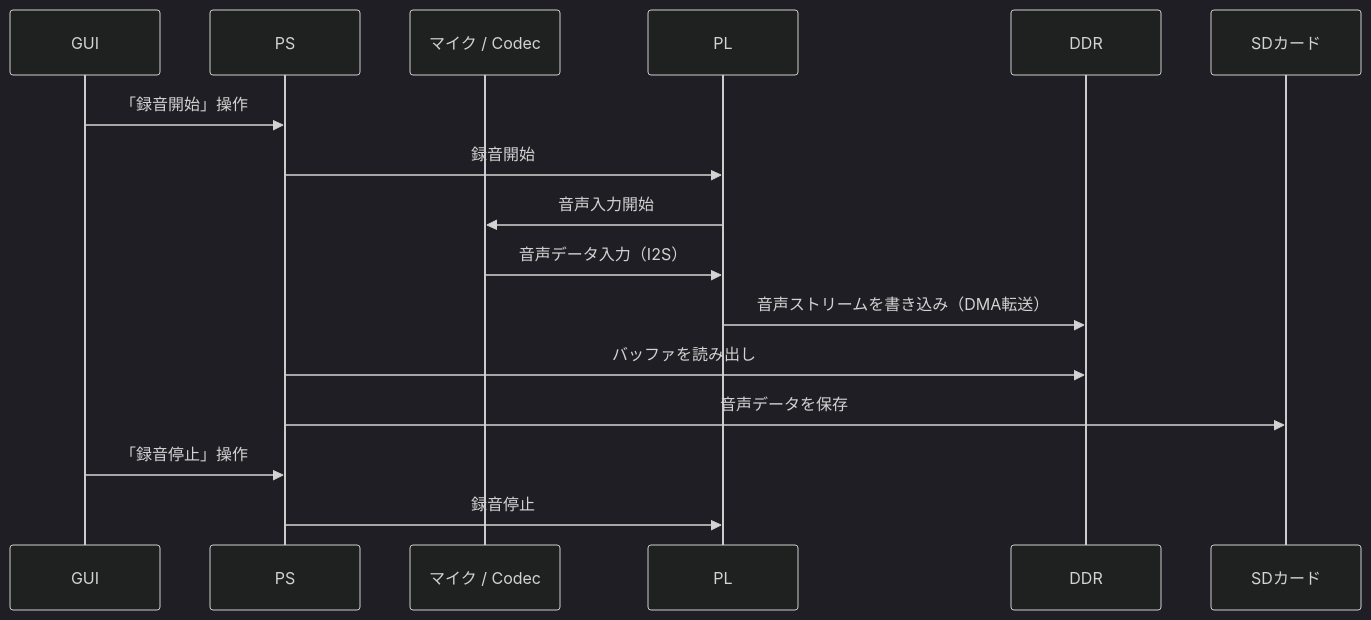
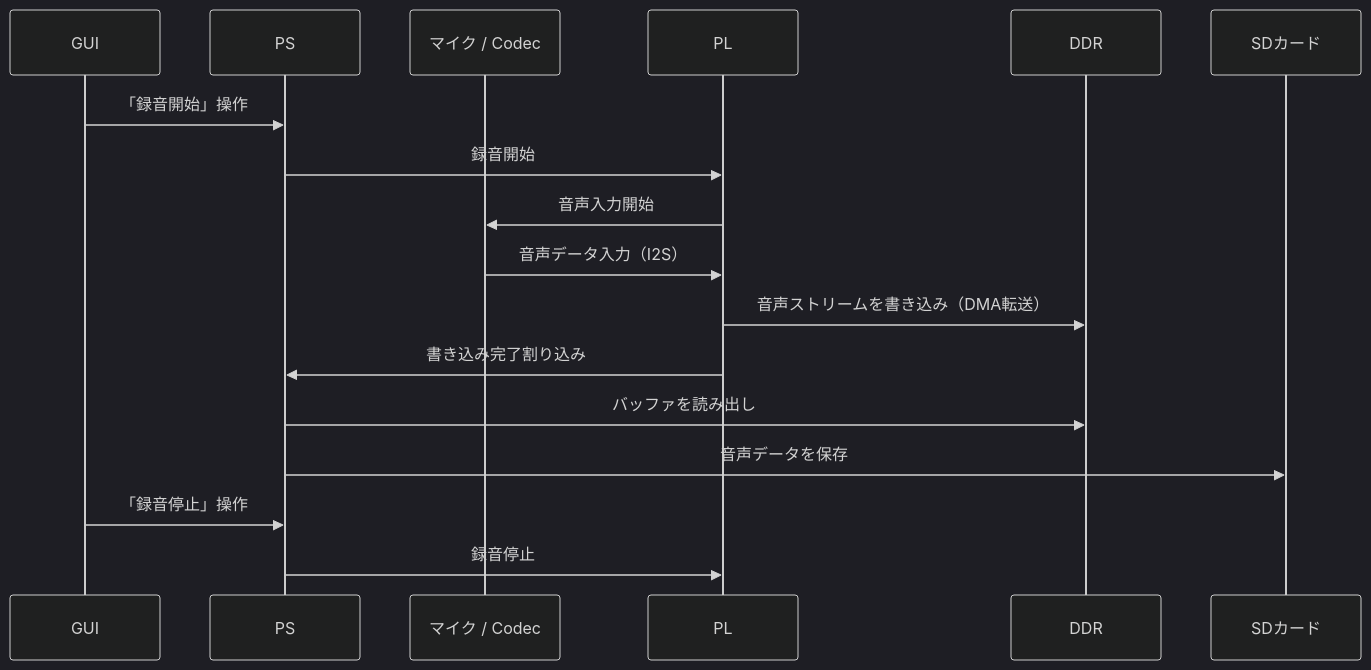
One commit to kiiisy/VoiceNote-System changed the first of 3 diagrams in docs/system_design.md. Above: the diagram before and after it, drawn with Mermaid (dark theme). The commit also changed other lines of this file and 1 other file, not shown here.

````diff
--- a/docs/system_design.md
+++ b/docs/system_design.md
@@ -274,20 +274,21 @@
 ```mermaid
 sequenceDiagram
     participant GUI as GUI
     participant PS as PS
     participant Mic as マイク / Codec
     participant PL as PL
     participant DDR as DDR
     participant SD as SDカード
 
     GUI->>PS: 「録音開始」操作
     PS->>PL: 録音開始
     PL->>Mic: 音声入力開始
     Mic->>PL: 音声データ入力（I2S）
     PL->>DDR: 音声ストリームを書き込み（DMA転送）
+    PL->>PS: 書き込み完了割り込み
     PS->>DDR: バッファを読み出し
     PS->>SD: 音声データを保存
 
     GUI->>PS: 「録音停止」操作
     PS->>PL: 録音停止
 ```
````
